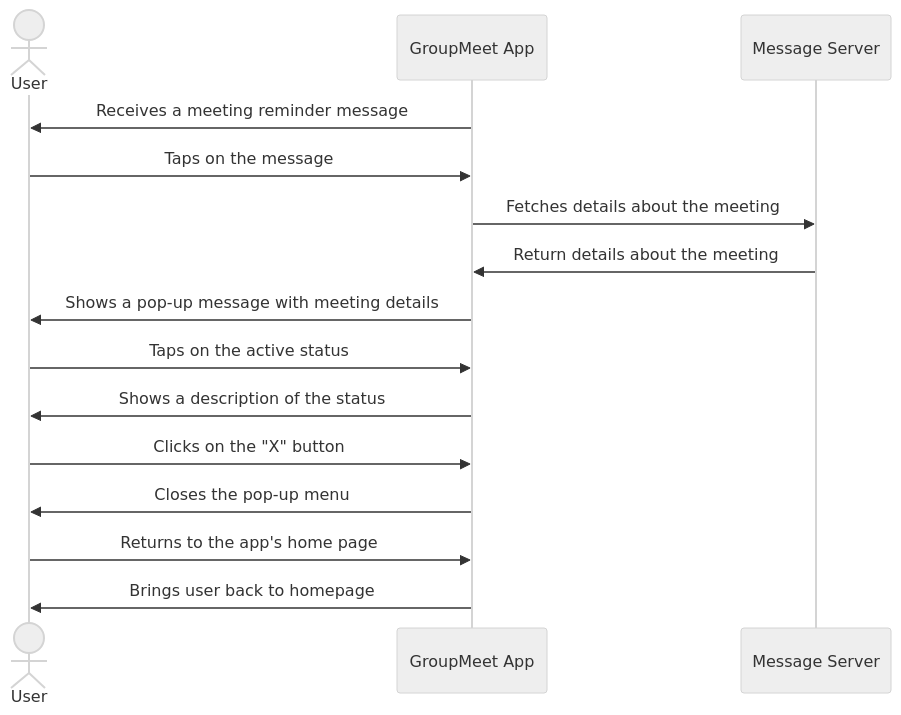
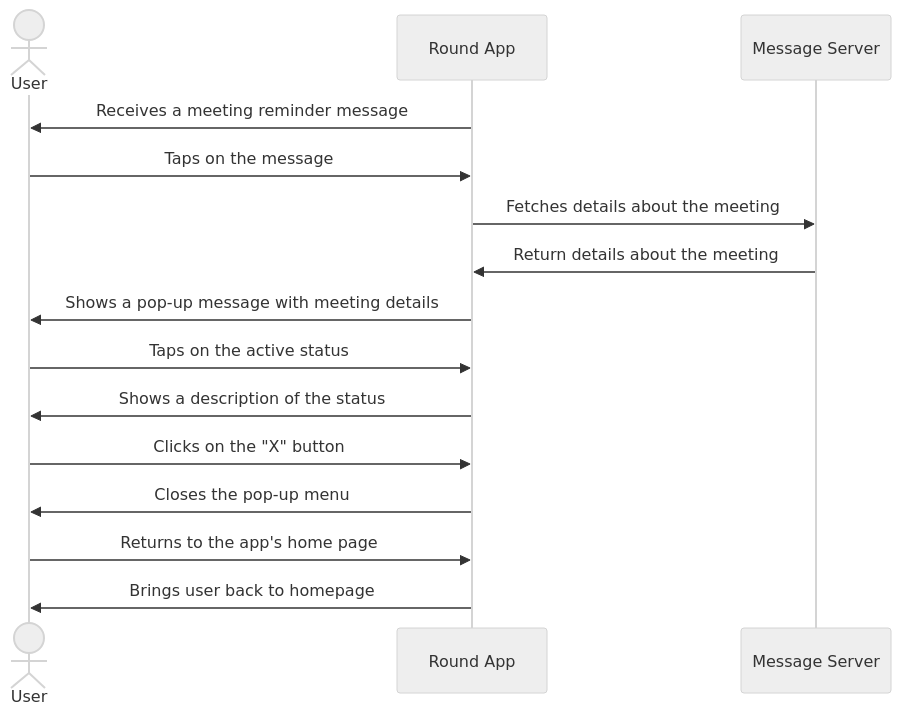
Before and after one commit to Capstone-Projects-2023-Spring/project-groupmeet: diagram 11 of 12 in documentation/docs/system-architecture/design.md, drawn with Mermaid (neutral theme). The commit also changed other lines of this file and 12 other files, not shown here.

````diff
--- a/documentation/docs/system-architecture/design.md
+++ b/documentation/docs/system-architecture/design.md
@@ -352,18 +354,18 @@
 ```mermaid
 sequenceDiagram
     actor User
-    participant GroupMeet App
+    participant Round App
     participant Message Server
 
-    GroupMeet App->>User: Receives a meeting reminder message
-    User->>GroupMeet App: Taps on the message
-    GroupMeet App->>Message Server: Fetches details about the meeting
-    Message Server->>GroupMeet App: Return details about the meeting
-    GroupMeet App->>User: Shows a pop-up message with meeting details
-    User->>GroupMeet App: Taps on the active status
-    GroupMeet App->>User: Shows a description of the status
-    User->>GroupMeet App: Clicks on the "X" button
-    GroupMeet App->>User: Closes the pop-up menu
-    User->>GroupMeet App: Returns to the app's home page
-    GroupMeet App->>User: Brings user back to homepage
+    Round App->>User: Receives a meeting reminder message
+    User->>Round App: Taps on the message
+    Round App->>Message Server: Fetches details about the meeting
+    Message Server->>Round App: Return details about the meeting
+    Round App->>User: Shows a pop-up message with meeting details
+    User->>Round App: Taps on the active status
+    Round App->>User: Shows a description of the status
+    User->>Round App: Clicks on the "X" button
+    Round App->>User: Closes the pop-up menu
+    User->>Round App: Returns to the app's home page
+    Round App->>User: Brings user back to homepage
 ```
````
